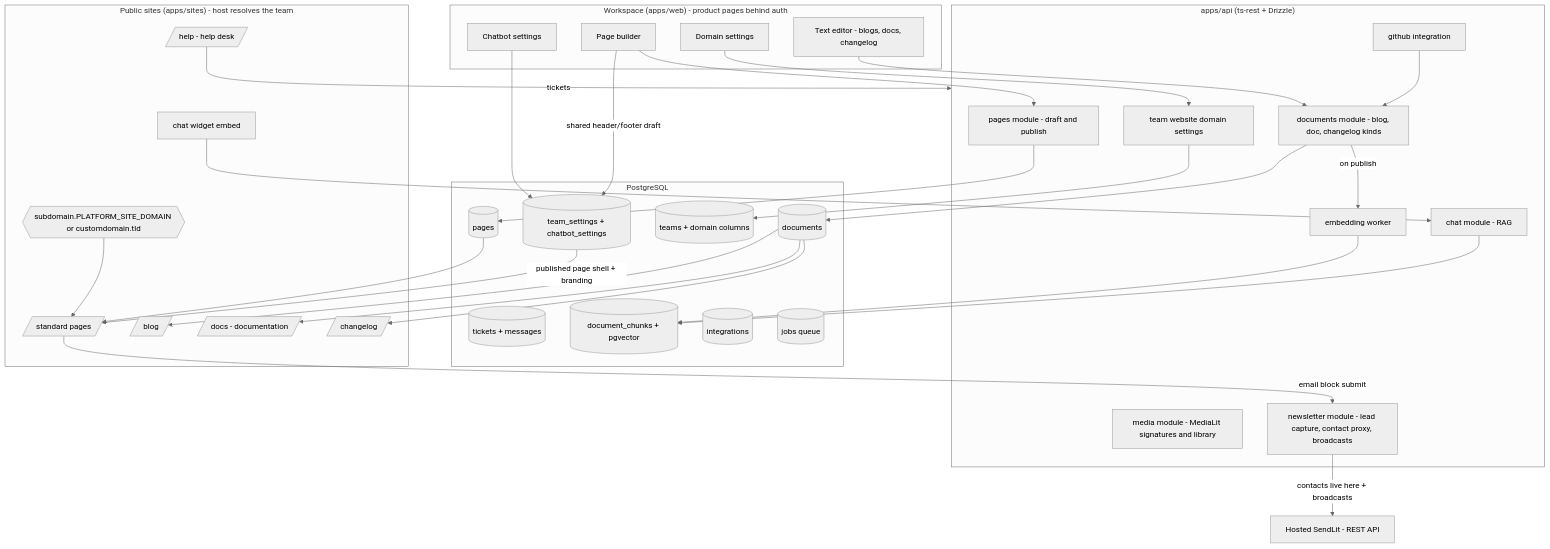
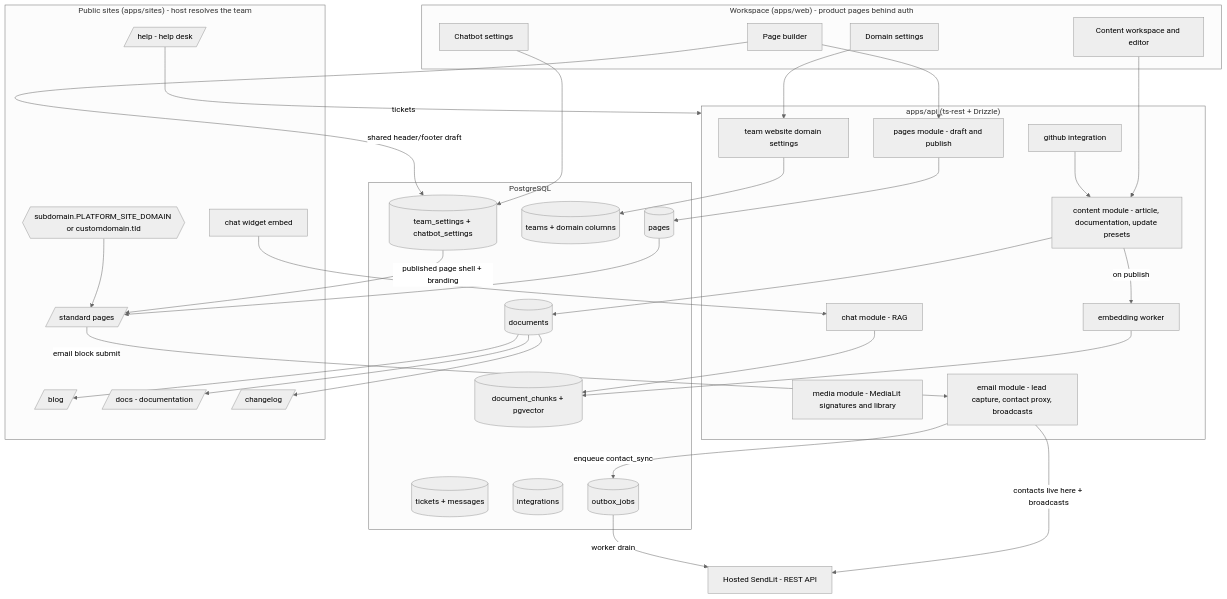
The first of 3 diagrams in docs/architecture.md (codelitdev/frontlit), drawn with Mermaid (neutral theme) before and after one commit. The commit also changed other lines of this file and 200 other files, not shown here.

Commit message:
newsletter renamed to email; users renamed to contacts; docs, blogs, changelog merged into one view; tabbed design;

````diff
--- a/docs/architecture.md
+++ b/docs/architecture.md
@@ -47,62 +47,64 @@
 ```mermaid
 graph TD
     subgraph Authoring["Workspace (apps/web) - product pages behind auth"]
         PB[Page builder]
-        TE[Text editor - blogs, docs, changelog]
+        TE[Content workspace and editor]
         CB[Chatbot settings]
         DS[Domain settings]
     end
 
     subgraph API["apps/api (ts-rest + Drizzle)"]
         Pages[pages module - draft and publish]
-        Docs[documents module - blog, doc, changelog kinds]
+        Docs[content module - article, documentation, update presets]
         Media[media module - MediaLit signatures and library]
         Domains[team website domain settings]
-        News[newsletter module - lead capture, contact proxy, broadcasts]
+        News[email module - lead capture, contact proxy, broadcasts]
         Embed[embedding worker]
         Chat[chat module - RAG]
         GH[github integration]
     end
 
     SL[Hosted SendLit - REST API]
 
     subgraph PG["PostgreSQL"]
         PagesT[(pages)]
         DocsT[(documents)]
         TeamsT[(teams + domain columns)]
         TicketsT[(tickets + messages)]
         Chunks[(document_chunks + pgvector)]
         Settings[(team_settings + chatbot_settings)]
         Integr[(integrations)]
-        Jobs[(jobs queue)]
+        Outbox[(outbox_jobs)]
     end
 
     subgraph Public["Public sites (apps/sites) - host resolves the team"]
         Host{{subdomain.PLATFORM_SITE_DOMAIN or customdomain.tld}}
         Home[/ standard pages/]
         Blog[/blog/]
         DocsR[/docs - documentation/]
         Desk[/help - help desk/]
         Change[/changelog/]
         Widget[chat widget embed]
     end
 
     PB --> Pages --> PagesT
     TE --> Docs --> DocsT
     DS --> Domains --> TeamsT
     Docs -->|on publish| Embed --> Chunks
     Chat --> Chunks
     CB --> Settings
     GH --> Docs
     Host --> Home
     PagesT --> Home
     PB -->|shared header/footer draft| Settings
     Settings -->|published page shell + branding| Home
     DocsT --> Blog
     DocsT --> DocsR
     DocsT --> Change
     Desk -->|tickets| API
     Widget --> Chat
     Home -->|email block submit| News
+    News -->|enqueue contact_sync| Outbox
     News -->|contacts live here + broadcasts| SL
+    Outbox -->|worker drain| SL
 ```
````
